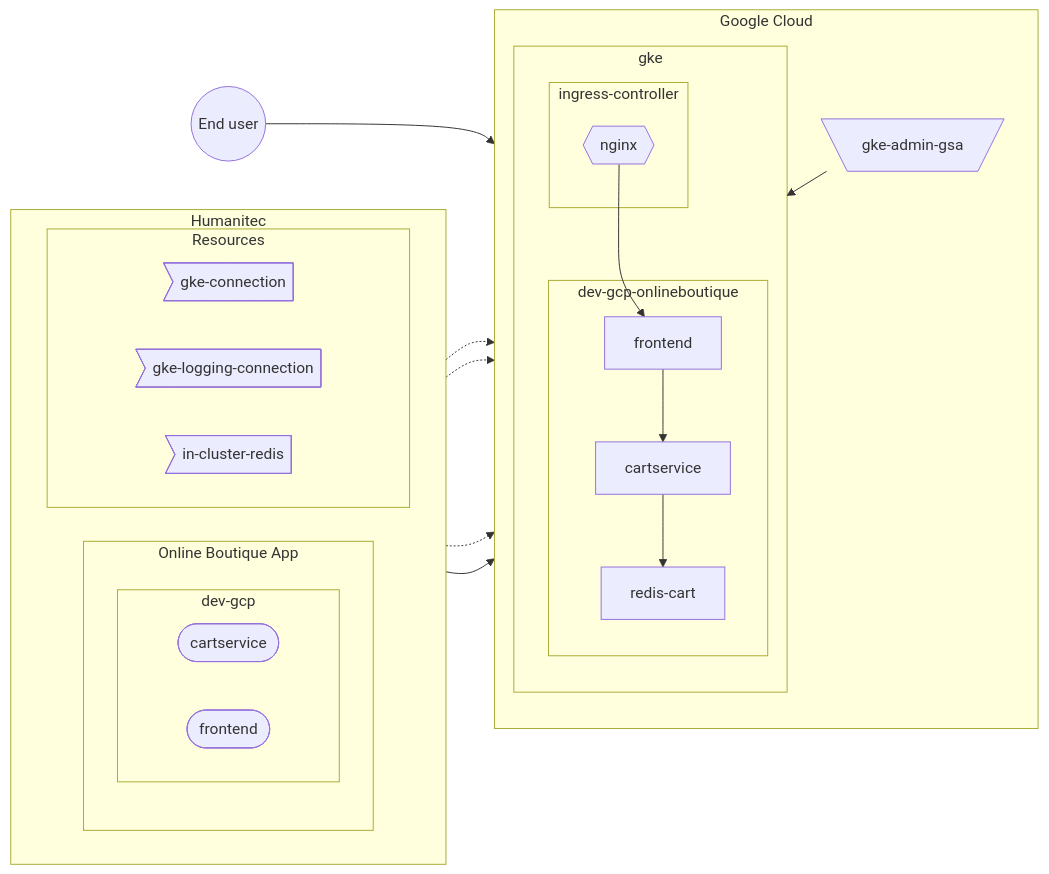
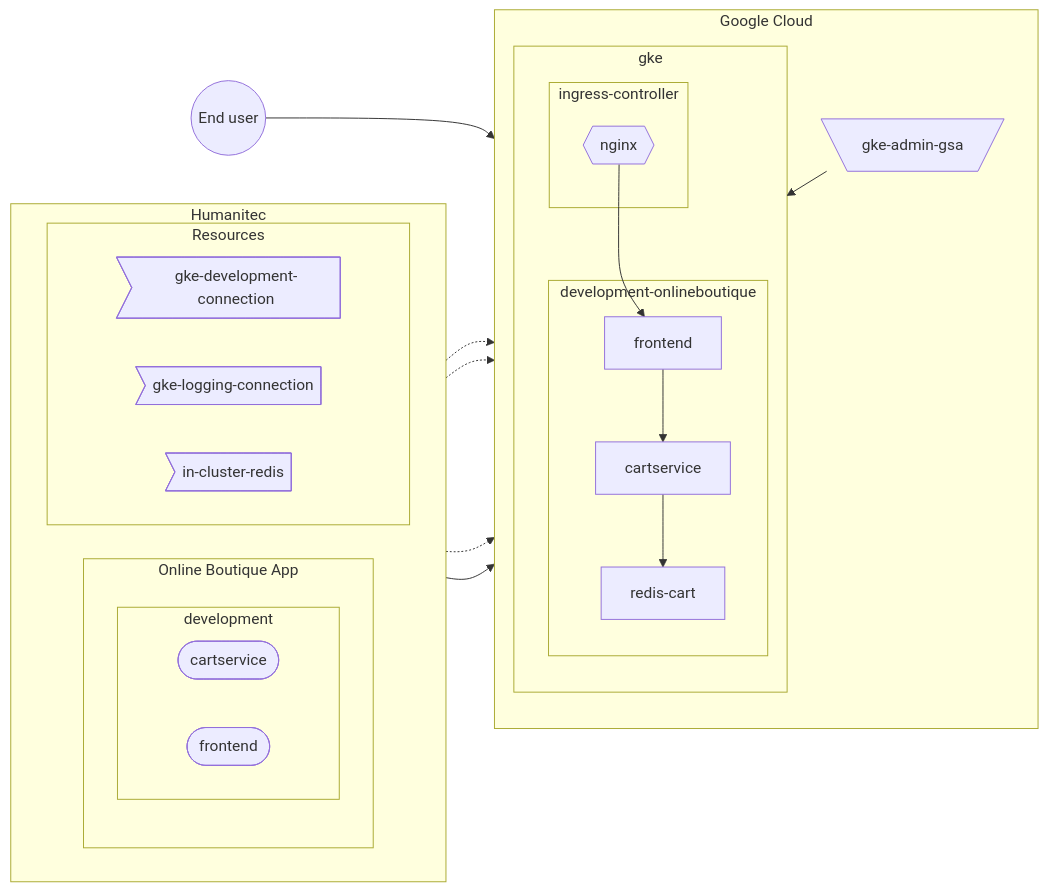
One commit to Humanitec-DemoOrg/onlineboutique-demo changed the second of 3 diagrams in docs/README.md. Above: the diagram before and after it, drawn with Mermaid. The commit also changed other lines of this file and 5 other files, not shown here.

````diff
--- a/docs/README.md
+++ b/docs/README.md
@@ -18,38 +18,38 @@
 ```mermaid
 flowchart LR
   subgraph Humanitec
     direction LR
     subgraph onlineboutique-app [Online Boutique App]
-      subgraph dev-gcp
+      subgraph development
         direction LR
         cartservice-workload([cartservice])
         frontend-workload([frontend])
       end
     end
     subgraph Resources
-        gke-connection>gke-connection]
+        gke-development-connection>gke-development-connection]
         gke-logging-connection>gke-logging-connection]
         in-cluster-redis>in-cluster-redis]
     end
   end
   subgraph Google Cloud
     direction TB
     subgraph gke
         subgraph ingress-controller
             nginx{{nginx}}
         end
-        subgraph dev-gcp-onlineboutique
+        subgraph development-onlineboutique
             frontend-->cartservice
             cartservice-->redis-cart
         end
         nginx-->frontend
     end
     gke-admin-gsa[\gke-admin-gsa/]
-    gke-connection-.->gke-admin-gsa
+    gke-development-connection-.->gke-admin-gsa
     gke-logging-connection-.->gke-admin-gsa
     gke-admin-gsa-->gke
     in-cluster-redis-.->redis-cart
-    onlineboutique-app-->dev-gcp-onlineboutique
+    onlineboutique-app-->development-onlineboutique
   end
   enduser((End user))-->nginx
 ```
````
